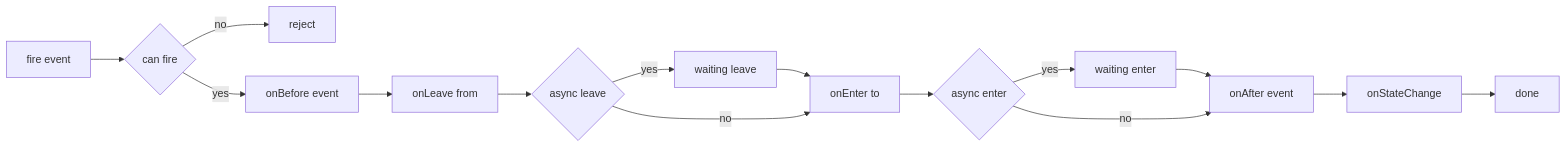
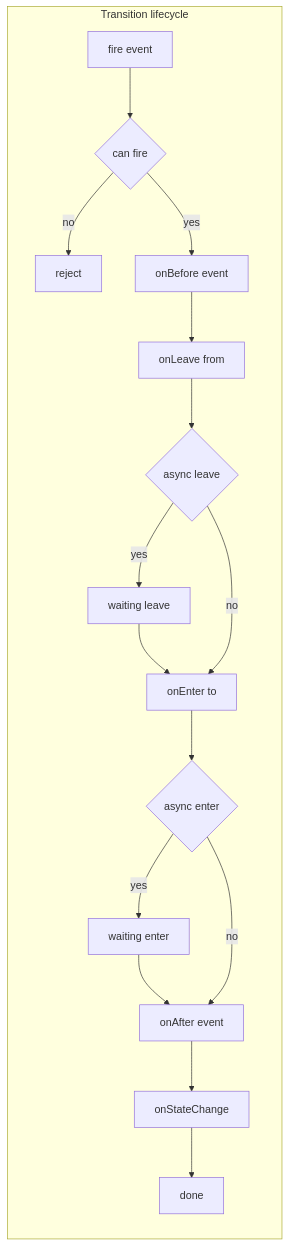
Before and after one commit to Gh0st352/AETHR: the first of 2 diagrams in docs/fsm/README.md, drawn with Mermaid. The commit also changed other lines of this file and 5 other files, not shown here.

First line of the commit message:
docs(fsm): standardize headings and enhance Mermaid diagrams

````diff
--- a/docs/fsm/README.md
+++ b/docs/fsm/README.md
@@ -17,14 +17,22 @@
 ```mermaid
+%% shared theme: docs/_mermaid/theme.json %%
 flowchart LR
-  E[fire event] --> C{can fire}
-  C -->|no| R[reject]
-  C -->|yes| B[onBefore event]
-  B --> L[onLeave from]
-  L --> AL{async leave}
-  AL -->|yes| WL[waiting leave] --> EN[onEnter to]
-  AL -->|no| EN[onEnter to]
-  EN --> AE{async enter}
-  AE -->|yes| WE[waiting enter] --> A[onAfter event]
-  AE -->|no| A[onAfter event]
-  A --> SC[onStateChange] --> D[done]
+  subgraph "Transition lifecycle"
+    E[fire event] --> C{can fire}
+    C -->|no| R[reject]
+    C -->|yes| B[onBefore event]
+    B --> L[onLeave from]
+    L --> AL{async leave}
+    AL -->|yes| WL[waiting leave] --> EN[onEnter to]
+    AL -->|no| EN[onEnter to]
+    EN --> AE{async enter}
+    AE -->|yes| WE[waiting enter] --> A[onAfter event]
+    AE -->|no| A[onAfter event]
+    A --> SC[onStateChange] --> D[done]
+  end
+  class E class_io;
+  class C class_decision;
+  class B,L,AL,EN,AE,OA class_compute;
+  class WL,WE class_tracker;
+  class R,SC,D class_result;
 ```
````
